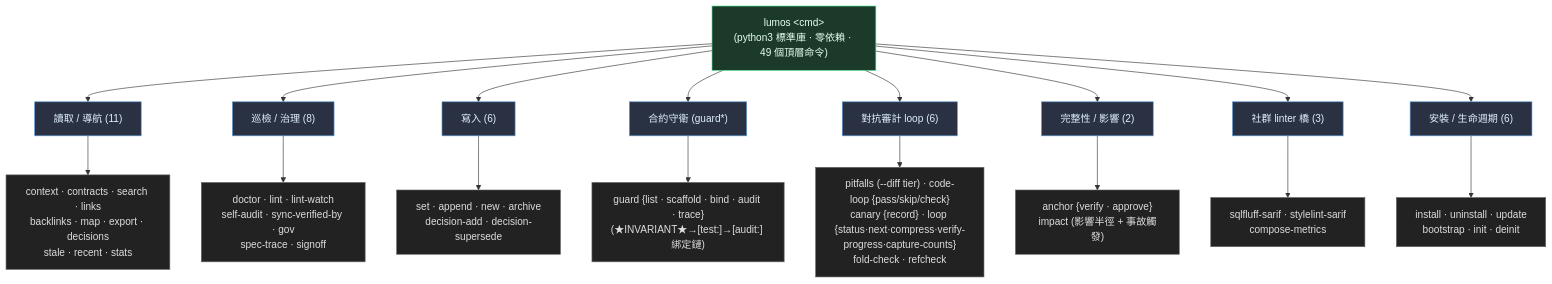
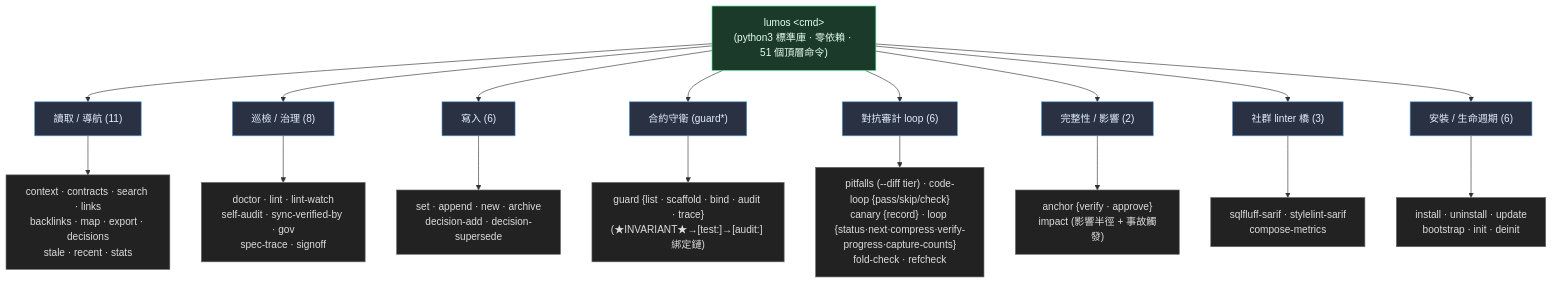
Before and after one commit to EnzoHsieh-Android/Lumos: the third of 4 diagrams in ARCHITECTURE.md, drawn with Mermaid. The commit also changed other lines of this file and 13 other files, not shown here.

````diff
--- a/ARCHITECTURE.md
+++ b/ARCHITECTURE.md
@@ -99,29 +99,29 @@
 ```mermaid
 flowchart TB
-    ROOT["lumos &lt;cmd&gt;<br/>(python3 標準庫 · 零依賴 · 49 個頂層命令)"]
+    ROOT["lumos &lt;cmd&gt;<br/>(python3 標準庫 · 零依賴 · 51 個頂層命令)"]
 
     ROOT --> READ["讀取 / 導航 (11)"]
     ROOT --> HEALTH["巡檢 / 治理 (8)"]
     ROOT --> WRITE["寫入 (6)"]
     ROOT --> GUARD["合約守衛 (guard*)"]
     ROOT --> LOOP["對抗審計 loop (6)"]
     ROOT --> INTEG["完整性 / 影響 (2)"]
     ROOT --> SARIF["社群 linter 橋 (3)"]
     ROOT --> LIFE["安裝 / 生命週期 (6)"]
 
     READ --> R["context · contracts · search · links<br/>backlinks · map · export · decisions<br/>stale · recent · stats"]
     HEALTH --> H["doctor · lint · lint-watch<br/>self-audit · sync-verified-by · gov<br/>spec-trace · signoff"]
     WRITE --> W["set · append · new · archive<br/>decision-add · decision-supersede"]
     GUARD --> G["guard {list · scaffold · bind · audit · trace}<br/>(★INVARIANT★→[test:]→[audit:] 綁定鏈)"]
     LOOP --> LP["pitfalls (--diff tier) · code-loop {pass/skip/check}<br/>canary {record} · loop {status·next·compress·verify-progress·capture-counts}<br/>fold-check · refcheck"]
     INTEG --> I["anchor {verify · approve}<br/>impact (影響半徑 + 事故觸發)"]
     SARIF --> ST["sqlfluff-sarif · stylelint-sarif<br/>compose-metrics"]
     LIFE --> L["install · uninstall · update<br/>bootstrap · init · deinit"]
 
     classDef root fill:#1b3a2a,stroke:#3ddc84,color:#e8fff0
     classDef cat fill:#2a3142,stroke:#5a9bd6,color:#e0f0ff
     classDef leaf fill:#222,stroke:#666,color:#ddd
     class ROOT root
     class READ,HEALTH,WRITE,GUARD,LOOP,INTEG,SARIF,LIFE cat
     class R,H,W,G,LP,I,ST,L leaf
 ```
````
